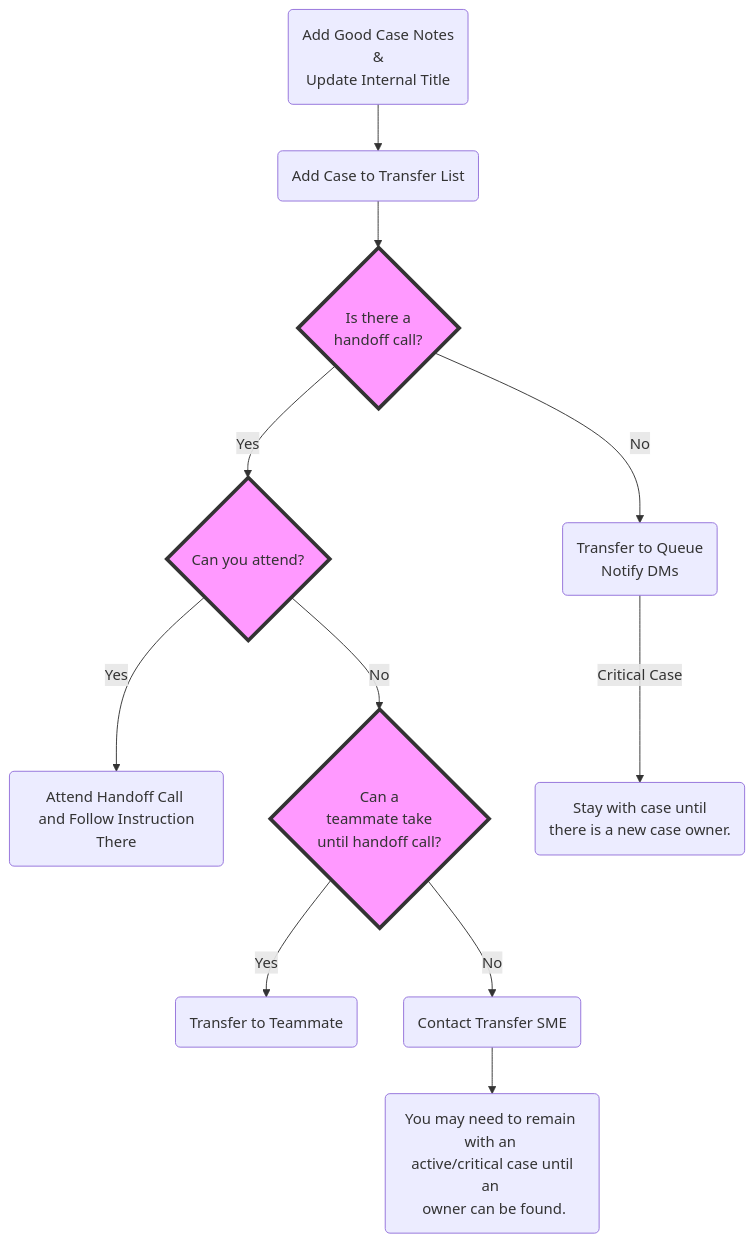
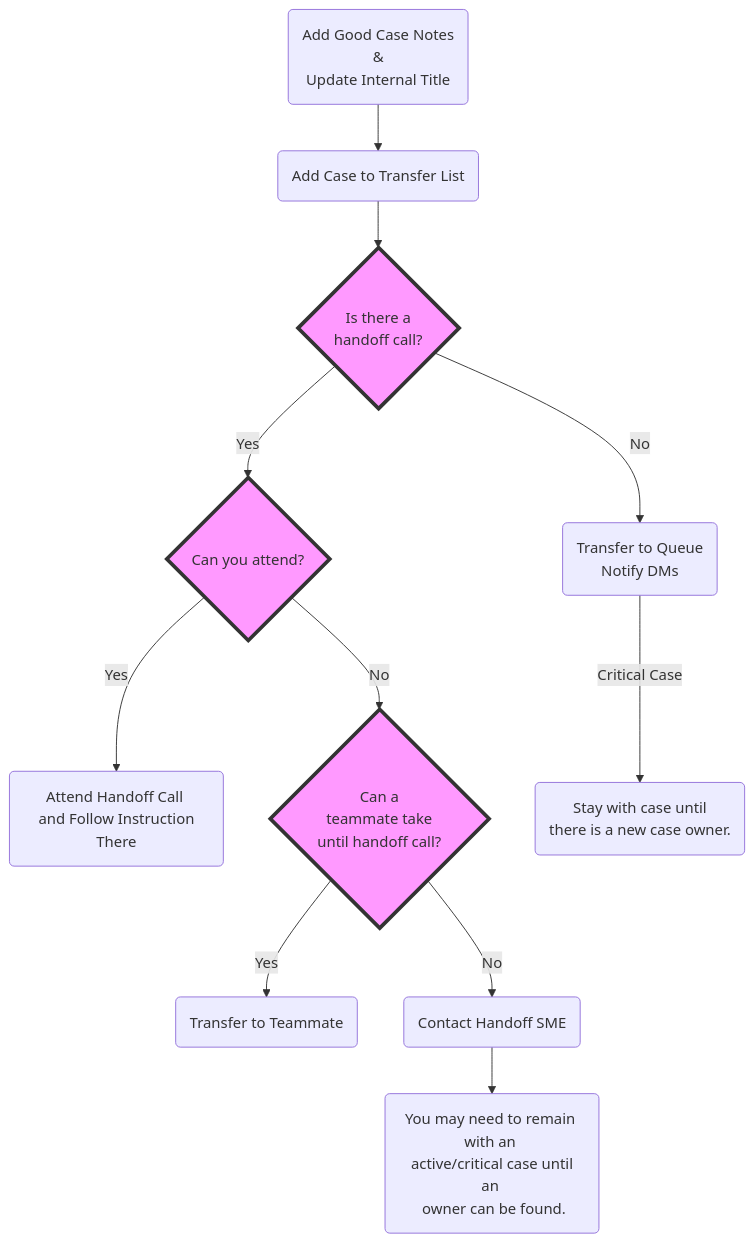
The diagram in Big-Data/Support-Engineer-Best-Practices/Case-Management/Case-Handoff-Process.md (santi1s/Big-Data), drawn with Mermaid before and after one commit.

Commit message:
Updated Case Handoff Process

```diff
--- a/Big-Data/Support-Engineer-Best-Practices/Case-Management/Case-Handoff-Process.md
+++ b/Big-Data/Support-Engineer-Best-Practices/Case-Management/Case-Handoff-Process.md
@@ -30,16 +30,16 @@
 ::: mermaid
 graph TD
     A(Add Good Case Notes <br> & <br> Update Internal Title) --> B(Add Case to Transfer List)
     B --> C{Is there a <br> handoff call?}
     C -->|Yes| D{Can you attend?}
 D -->|Yes| F(Attend Handoff Call <br> and Follow Instruction There)
 D -->|No| I{Can a <br> teammate take <br> until handoff call?}
     C -->|No| E(Transfer to Queue <br> Notify DMs)
 E -->|Critical Case| H(Stay with case until <br> there is a new case owner.)
 I-->|Yes| J(Transfer to Teammate)
-I --> |No| K(Contact Transfer SME)
+I --> |No| K(Contact Handoff SME)
 K --> L(You may need to remain with an <br> active/critical case until an <br> owner can be found.)
     style D fill:#f9f,stroke:#333,stroke-width:4px
  style C fill:#f9f,stroke:#333,stroke-width:4px
  style I fill:#f9f,stroke:#333,stroke-width:4px
 :::
```
